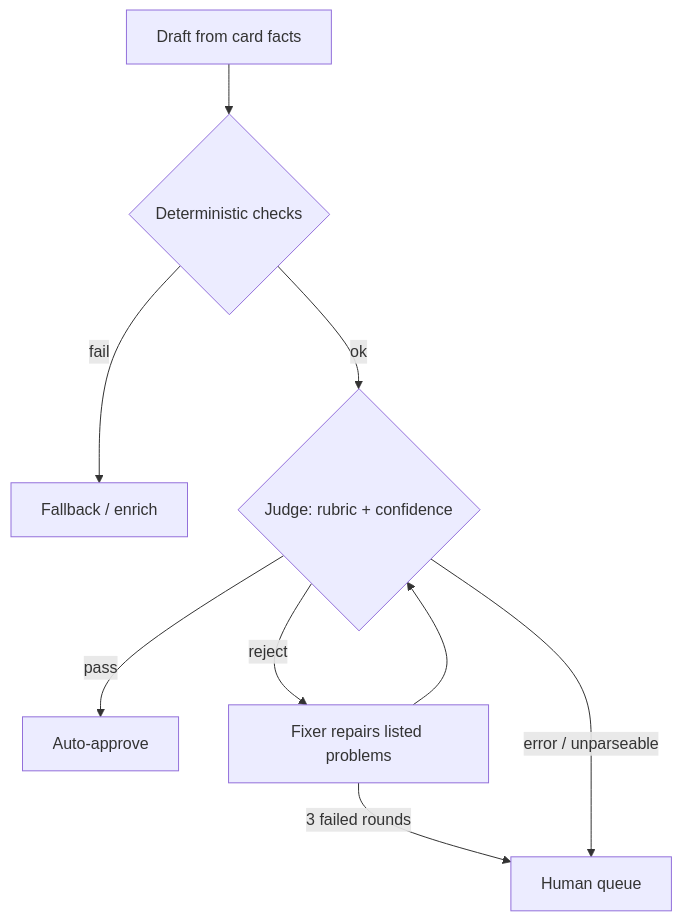
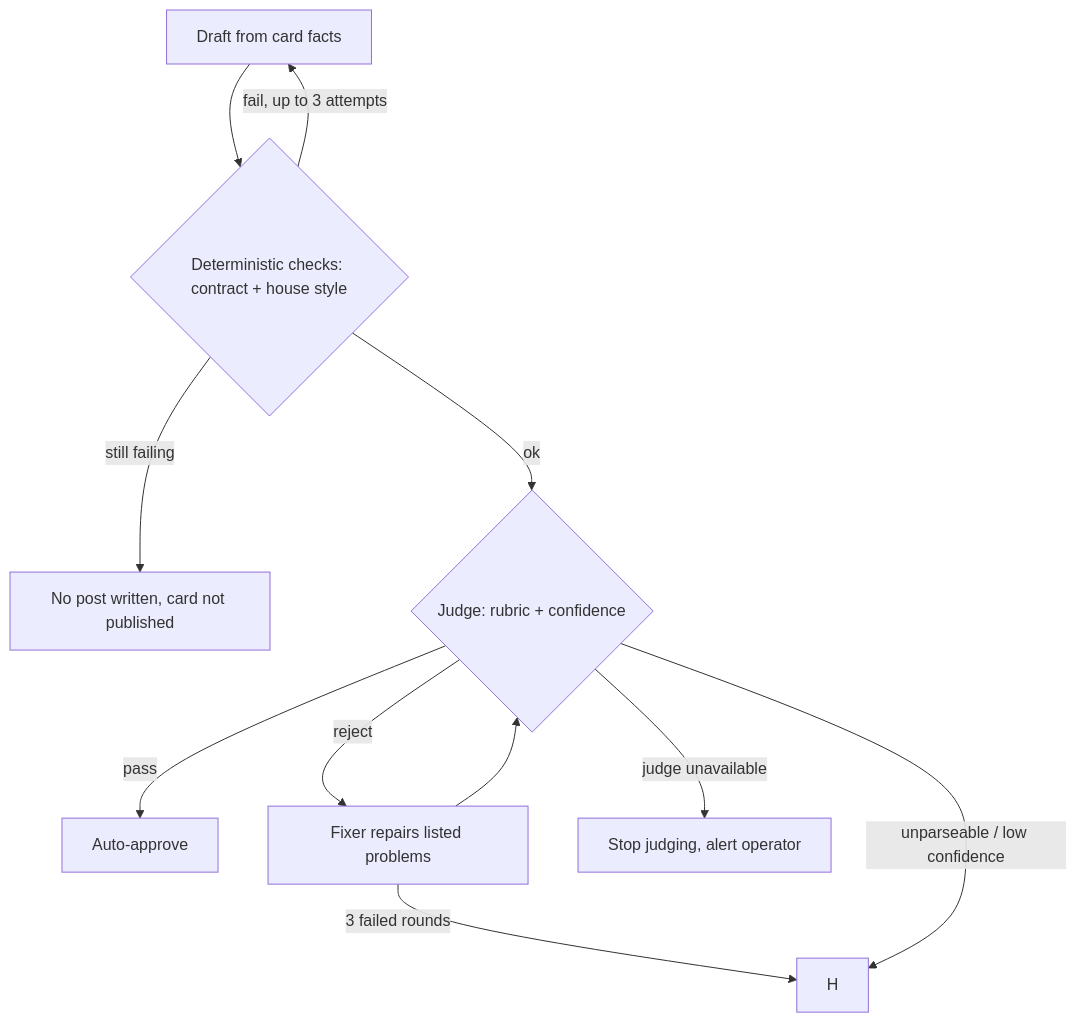
The second of 2 diagrams in README.md (EAeaza/grantpulse-showcase), drawn with Mermaid before and after one commit. The commit also changed other lines of this file and 3 other files, not shown here.

````diff
--- a/README.md
+++ b/README.md
@@ -41,11 +44,13 @@
 ```mermaid
 flowchart TD
-    A[Draft from card facts] --> V{Deterministic checks}
-    V -->|fail| F[Fallback / enrich]
+    A[Draft from card facts] --> V{Deterministic checks: contract + house style}
+    V -->|fail, up to 3 attempts| A
+    V -->|still failing| N[No post written, card not published]
     V -->|ok| J{Judge: rubric + confidence}
     J -->|pass| AP[Auto-approve]
     J -->|reject| FX[Fixer repairs listed problems]
     FX --> J
-    FX -->|3 failed rounds| H[Human queue]
-    J -->|error / unparseable| H
+    FX -->|3 failed rounds| H
+    J -->|unparseable / low confidence| H
+    J -->|judge unavailable| ST[Stop judging, alert operator]
 ```
````
